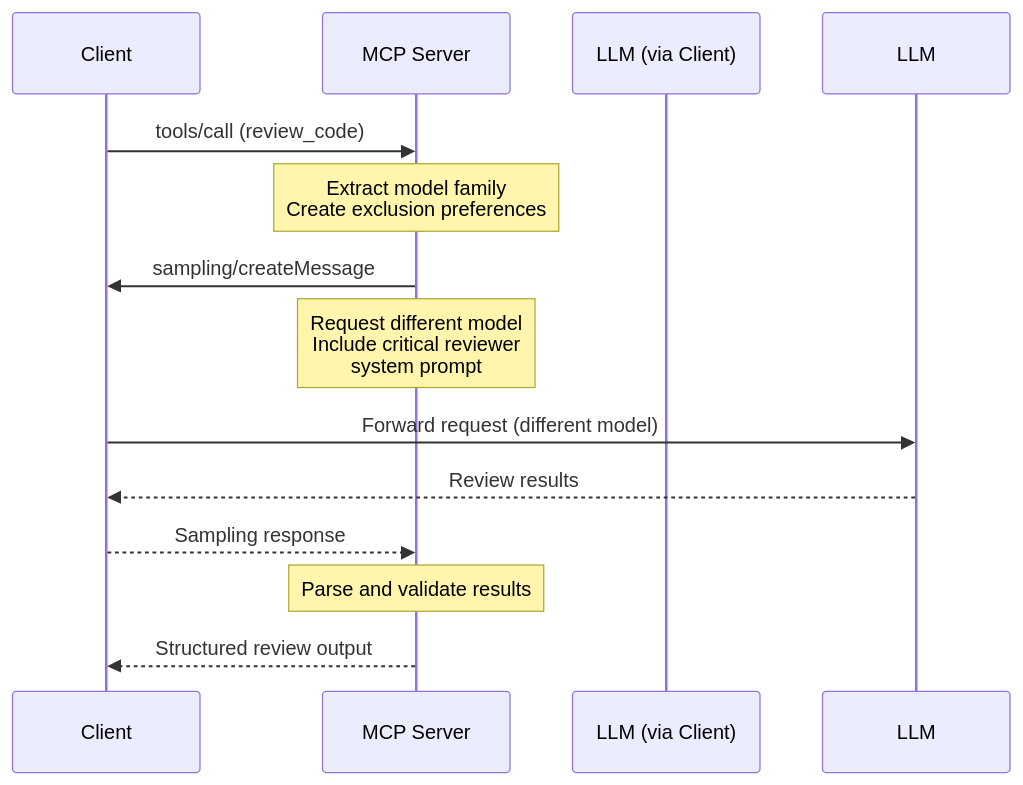
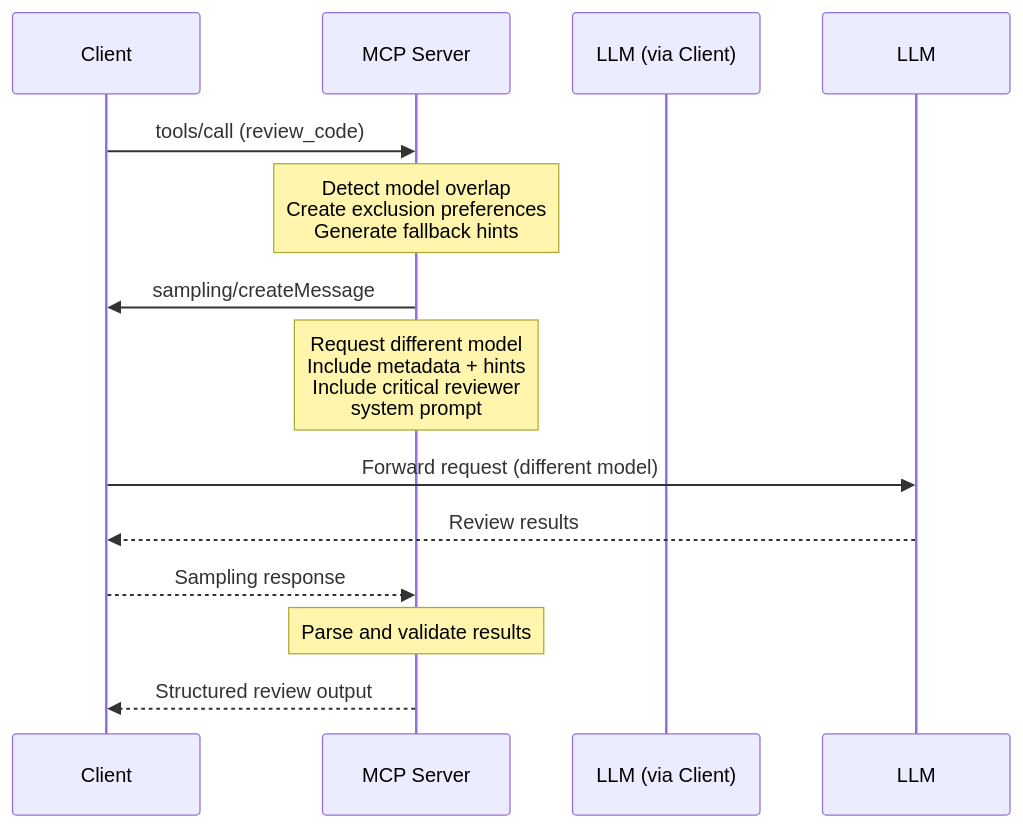
One commit to olaservo/mcp-code-crosscheck changed the diagram in README.md. Above: the diagram before and after it, drawn with Mermaid. The commit also changed other lines of this file and 1 other file, not shown here.

Commit message:
Enhance critical reviewer prompt and update Readme to include links to research

````diff
--- a/README.md
+++ b/README.md
@@ -138,19 +195,19 @@
 ```mermaid
 sequenceDiagram
     participant Client
     participant MCP Server
     participant LLM (via Client)
 
     Client->>MCP Server: tools/call (review_code)
     
-    Note over MCP Server: Extract model family<br/>Create exclusion preferences
+    Note over MCP Server: Detect model overlap<br/>Create exclusion preferences<br/>Generate fallback hints
     MCP Server->>Client: sampling/createMessage
-    Note over MCP Server: Request different model<br/>Include critical reviewer<br/>system prompt
+    Note over MCP Server: Request different model<br/>Include metadata + hints<br/>Include critical reviewer<br/>system prompt
     
     Client->>LLM: Forward request (different model)
     LLM-->>Client: Review results
     Client-->>MCP Server: Sampling response
     
     Note over MCP Server: Parse and validate results
     MCP Server-->>Client: Structured review output
 ```
````
